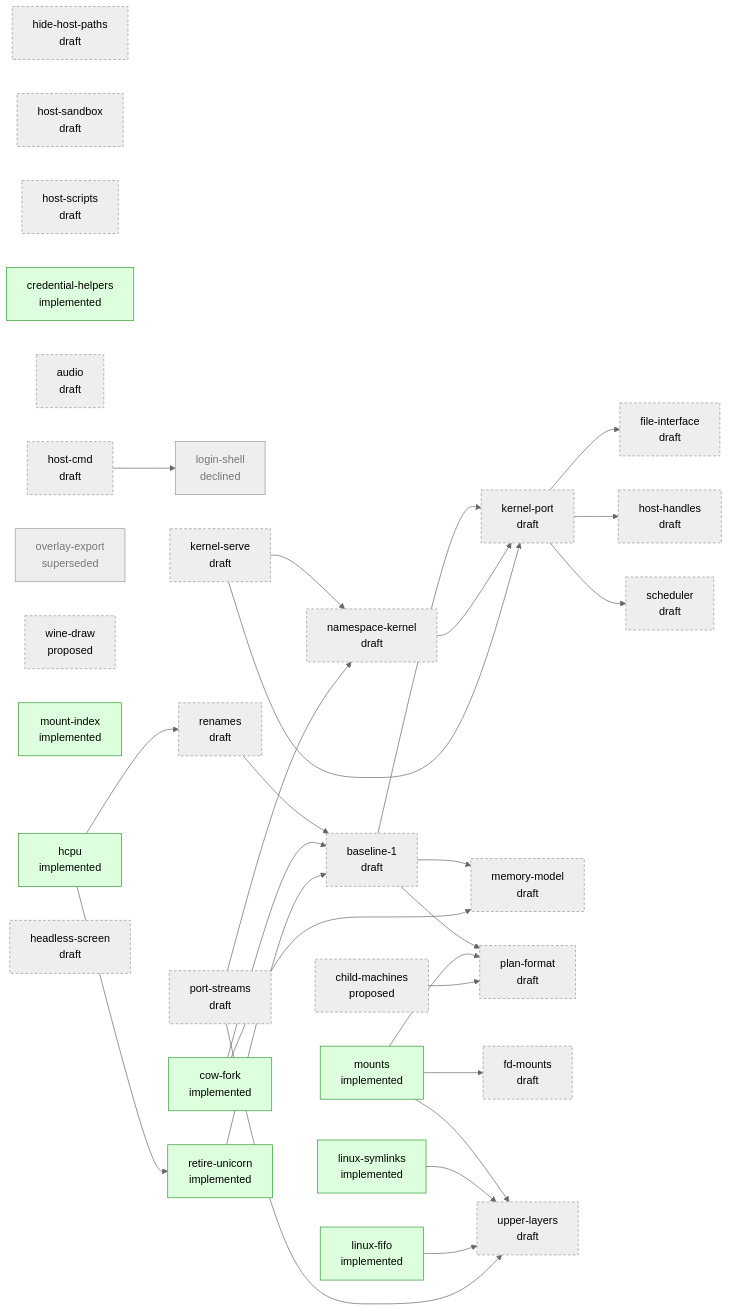
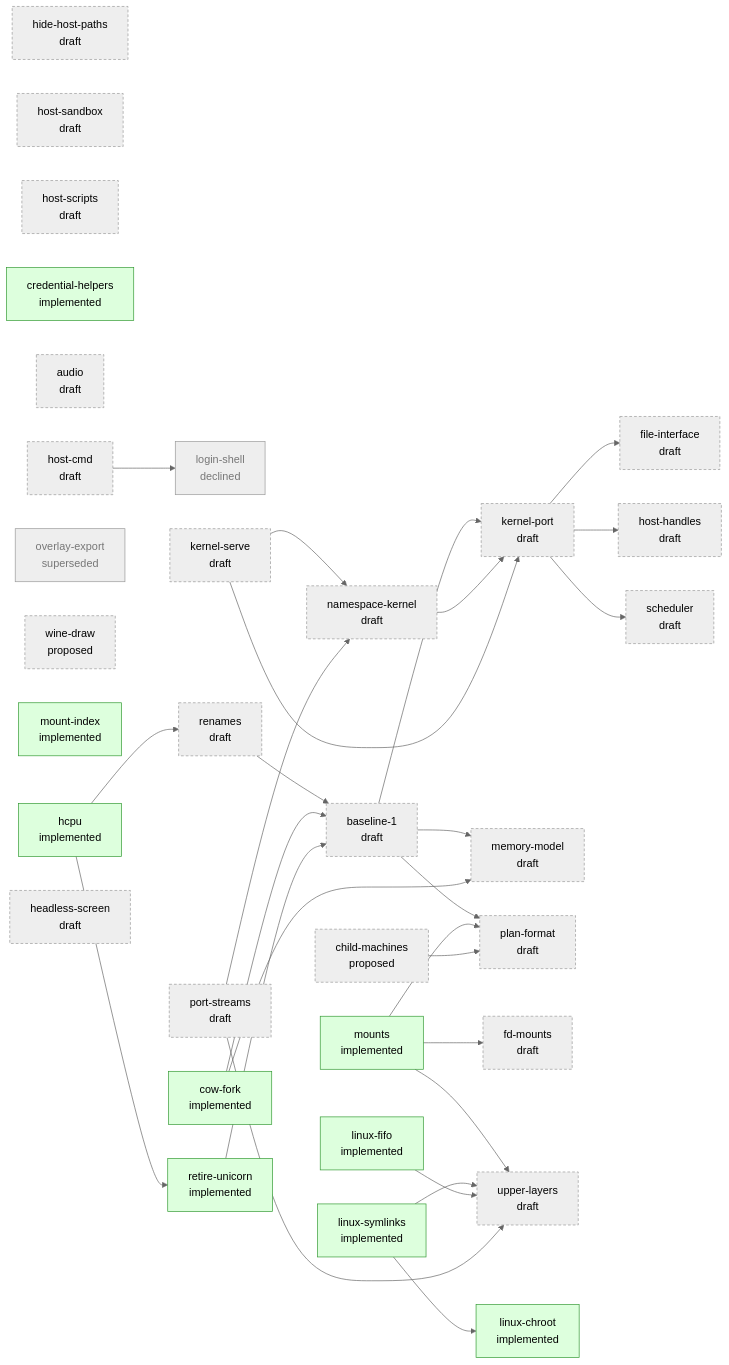
Before and after one commit to progrium/hyper9: the diagram in design/STATUS.md, drawn with Mermaid (neutral theme). The commit also changed other lines of this file, not shown here.

Commit message:
design: regenerate STATUS.md

````diff
--- a/design/STATUS.md
+++ b/design/STATUS.md
@@ -41,62 +42,64 @@
 ```mermaid
 flowchart LR
   classDef draft stroke-dasharray: 4 3
   classDef accepted stroke-width: 2px
   classDef implemented fill:#dfd,stroke:#393
   classDef closed fill:#eee,stroke:#999,color:#777
   p_hide_host_paths["hide-host-paths<br/>draft"]:::draft
   p_host_sandbox["host-sandbox<br/>draft"]:::draft
   p_host_scripts["host-scripts<br/>draft"]:::draft
   p_credential_helpers["credential-helpers<br/>implemented"]:::implemented
   p_audio["audio<br/>draft"]:::draft
   p_host_cmd["host-cmd<br/>draft"]:::draft
   p_overlay_export["overlay-export<br/>superseded"]:::closed
   p_login_shell["login-shell<br/>declined"]:::closed
   p_child_machines["child-machines<br/>proposed"]:::draft
   p_cow_fork["cow-fork<br/>implemented"]:::implemented
   p_wine_draw["wine-draw<br/>proposed"]:::draft
   p_mount_index["mount-index<br/>implemented"]:::implemented
   p_hcpu["hcpu<br/>implemented"]:::implemented
   p_kernel_serve["kernel-serve<br/>draft"]:::draft
   p_namespace_kernel["namespace-kernel<br/>draft"]:::draft
   p_port_streams["port-streams<br/>draft"]:::draft
   p_linux_fifo["linux-fifo<br/>implemented"]:::implemented
   p_mounts["mounts<br/>implemented"]:::implemented
   p_baseline_1["baseline-1<br/>draft"]:::draft
   p_file_interface["file-interface<br/>draft"]:::draft
   p_host_handles["host-handles<br/>draft"]:::draft
   p_kernel_port["kernel-port<br/>draft"]:::draft
   p_linux_symlinks["linux-symlinks<br/>implemented"]:::implemented
   p_memory_model["memory-model<br/>draft"]:::draft
   p_plan_format["plan-format<br/>draft"]:::draft
   p_renames["renames<br/>draft"]:::draft
   p_retire_unicorn["retire-unicorn<br/>implemented"]:::implemented
   p_scheduler["scheduler<br/>draft"]:::draft
   p_fd_mounts["fd-mounts<br/>draft"]:::draft
   p_upper_layers["upper-layers<br/>draft"]:::draft
   p_headless_screen["headless-screen<br/>draft"]:::draft
+  p_linux_chroot["linux-chroot<br/>implemented"]:::implemented
   p_host_cmd --> p_login_shell
   p_kernel_serve --> p_namespace_kernel
   p_port_streams --> p_namespace_kernel
   p_renames --> p_baseline_1
   p_cow_fork --> p_baseline_1
   p_retire_unicorn --> p_baseline_1
   p_kernel_port --> p_file_interface
   p_kernel_port --> p_host_handles
   p_baseline_1 --> p_kernel_port
   p_namespace_kernel --> p_kernel_port
   p_kernel_serve --> p_kernel_port
   p_baseline_1 --> p_memory_model
   p_cow_fork --> p_memory_model
   p_baseline_1 --> p_plan_format
   p_mounts --> p_plan_format
   p_child_machines --> p_plan_format
   p_hcpu --> p_renames
   p_hcpu --> p_retire_unicorn
   p_kernel_port --> p_scheduler
   p_mounts --> p_fd_mounts
   p_mounts --> p_upper_layers
   p_linux_symlinks --> p_upper_layers
   p_linux_fifo --> p_upper_layers
   p_port_streams --> p_upper_layers
+  p_linux_symlinks --> p_linux_chroot
 ```
````
